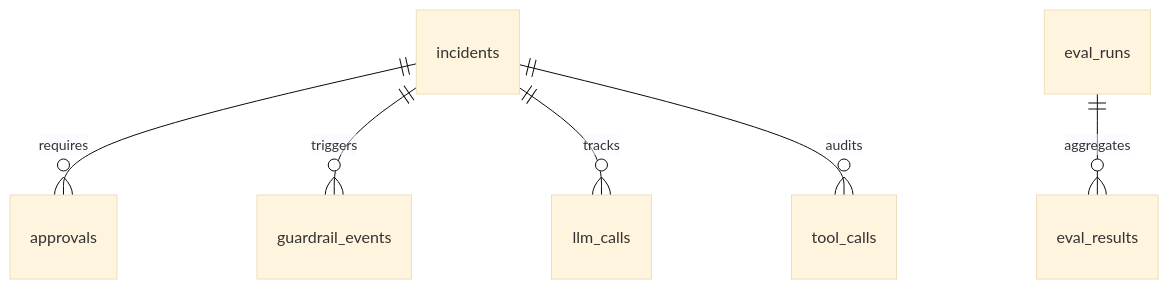
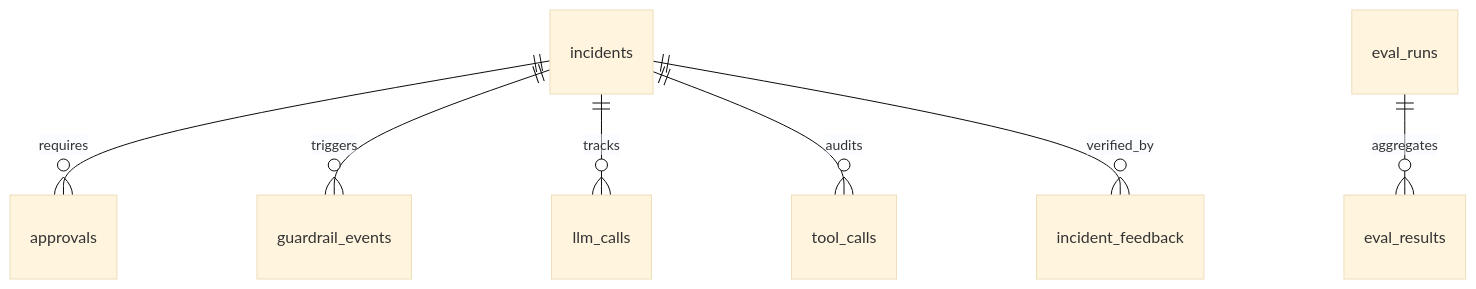
One commit to MayankV004/incidentiq changed the diagram in docs/04_DATABASE_DESIGN.md. Above: the diagram before and after it, drawn with Mermaid (base theme). The commit also changed other lines of this file and 7 other files, not shown here.

Commit message:
docs: update architecture, database schema, API spec, and agent design for episodic memory and feedback integration

````diff
--- a/docs/04_DATABASE_DESIGN.md
+++ b/docs/04_DATABASE_DESIGN.md
@@ -17,8 +17,9 @@
 ```mermaid
 erDiagram
   incidents ||--o{ approvals : requires
   incidents ||--o{ guardrail_events : triggers
   incidents ||--o{ llm_calls : tracks
   incidents ||--o{ tool_calls : audits
+  incidents ||--o{ incident_feedback : verified_by
   eval_runs ||--o{ eval_results : aggregates
 ```
````
